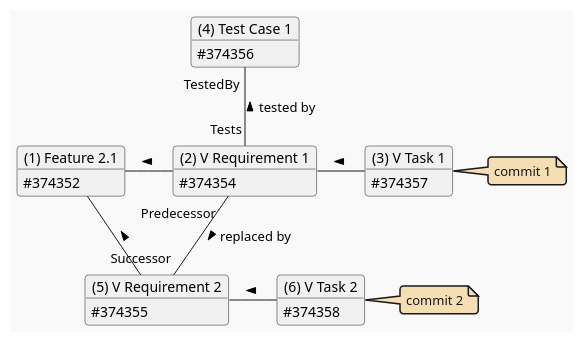
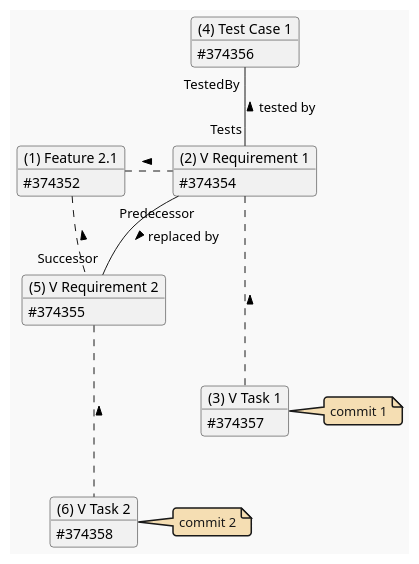
Before and after one commit to mm6502/AzureDevOpsApi: the diagram in Docs/methodology/.attachments/feature-2.1.puml, drawn with PlantUML. The commit also changed 6 other files, not shown here.

Commit message:
Refactor UML diagrams and update README for clarity in relationships

```diff
--- a/Docs/methodology/.attachments/feature-2.1.puml
+++ b/Docs/methodology/.attachments/feature-2.1.puml
@@ -1,42 +1,42 @@
-@startuml Feature 2.1
+@startuml feature-2.1
 
 '''' Declarations to stylize the diagram '''
 hide circle
 hide empty members
 allowmixing
 
 !theme mars
 skinparam classFontStyle bold
 skinparam classAttributeIconSize 0
 skinparam noteBackgroundColor wheat
 
 '''' Work Items ''''
 object "(1) Feature 2.1" as Feature2_1
 
 object "(2) V Requirement 1" as VRequirement1
 object "(3) V Task 1" as VTask1
 note right : commit 1
 
 object "(4) Test Case 1" as TestCase1
 
 object "(5) V Requirement 2" as VRequirement2
 object "(6) V Task 2" as VTask2
 note right : commit 2
 
 '''' Work IteIDs ''''
 Feature2_1     : #374352
 VRequirement1  : #374354
 VTask1         : #374357
 TestCase1      : #374356
 VRequirement2  : #374355
 VTask2         : #374358
 
-Feature2_1    -right- VRequirement1 : <
-VRequirement1 -       VTask1        : <
-Feature2_1    -right- VRequirement2 : <
-VRequirement2 -       VTask2        : <
+Feature2_1    .right. VRequirement1 : <
+VRequirement1 ...       VTask1      : <
+Feature2_1    .right. VRequirement2 : <
+VRequirement2 ...       VTask2      : <
 
 VRequirement2  "Successor"  -up-   "Predecessor" VRequirement1 : replaced by <
 TestCase1      "TestedBy"   -down- "Tests"       VRequirement1 : tested by <
 
 @enduml
```
